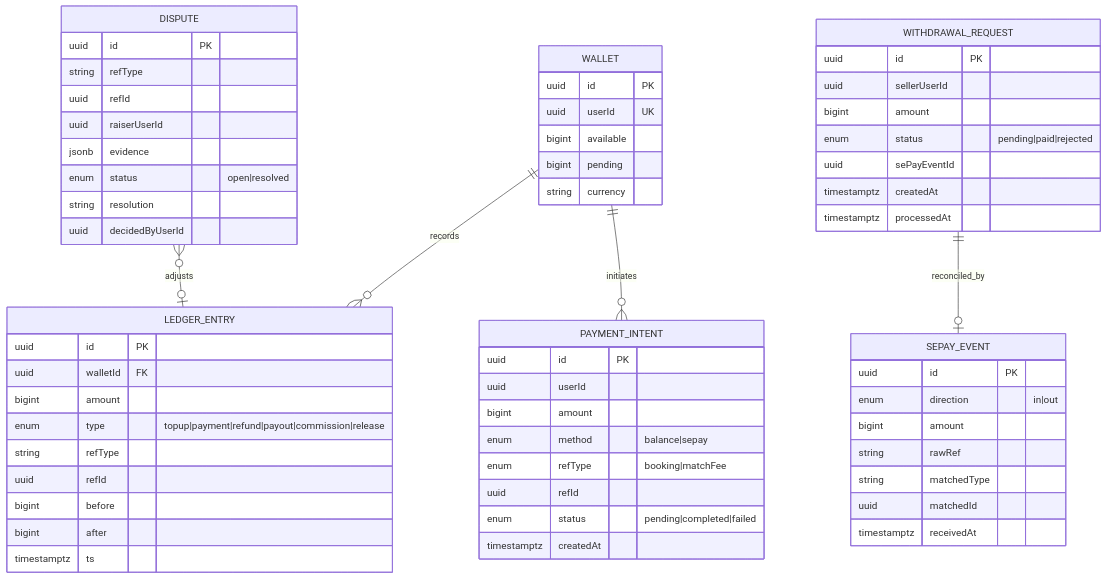
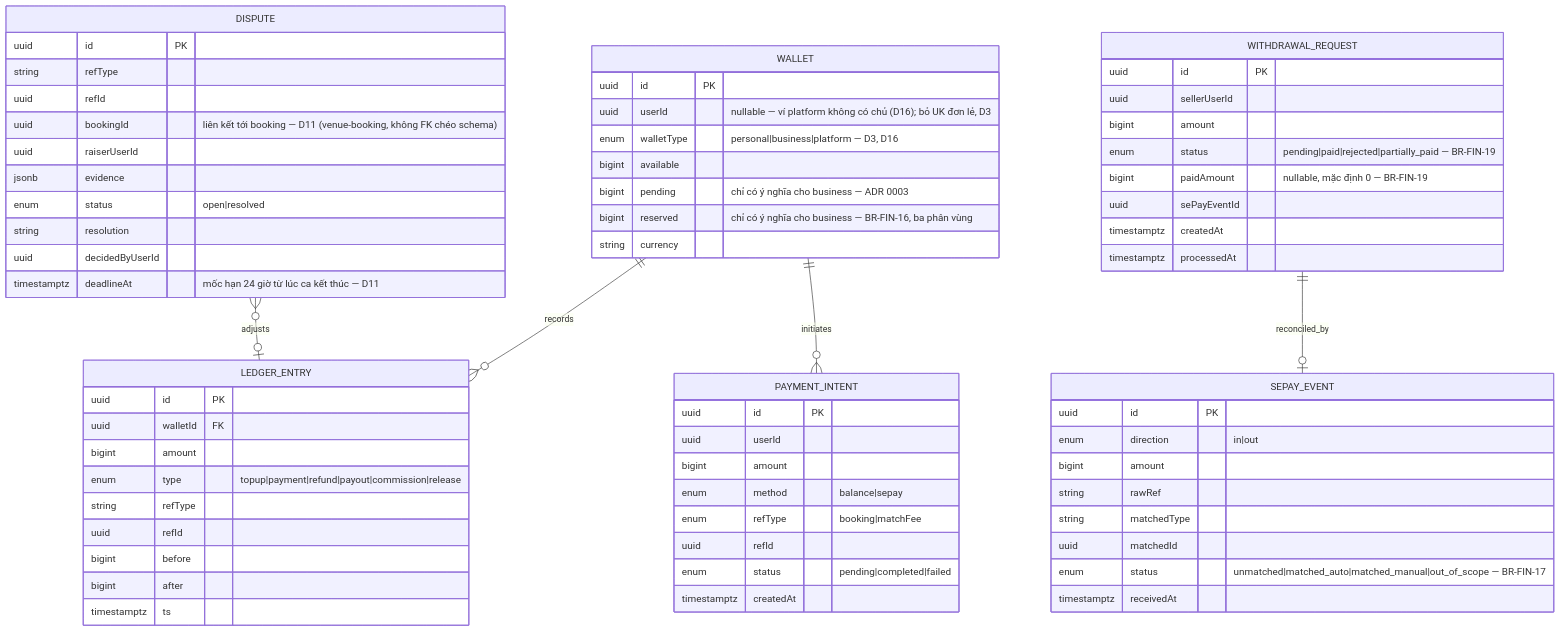
The third of 9 diagrams in docs/architecture/data-model.md (t-anh1007/Badminton-Platform), drawn with Mermaid before and after one commit. The commit also changed other lines of this file and 11 other files, not shown here.

First line of the commit message:
feat(g0): áp 12 thay đổi data-model vào 3 schema GĐ1 (account/venue-booking/finance)

````diff
--- a/docs/architecture/data-model.md
+++ b/docs/architecture/data-model.md
@@ -146,64 +149,70 @@
 ```mermaid
 erDiagram
     WALLET ||--o{ LEDGER_ENTRY : records
     WALLET ||--o{ PAYMENT_INTENT : initiates
     WITHDRAWAL_REQUEST ||--o| SEPAY_EVENT : reconciled_by
     DISPUTE }o--o| LEDGER_ENTRY : adjusts
 
     WALLET {
         uuid id PK
-        uuid userId UK
+        uuid userId "nullable — ví platform không có chủ (D16); bỏ UK đơn lẻ, D3"
+        enum walletType "personal|business|platform — D3, D16"
         bigint available
-        bigint pending
+        bigint pending "chỉ có ý nghĩa cho business — ADR 0003"
+        bigint reserved "chỉ có ý nghĩa cho business — BR-FIN-16, ba phân vùng"
         string currency
     }
     LEDGER_ENTRY {
         uuid id PK
         uuid walletId FK
         bigint amount
         enum type "topup|payment|refund|payout|commission|release"
         string refType
         uuid refId
         bigint before
         bigint after
         timestamptz ts
     }
     PAYMENT_INTENT {
         uuid id PK
         uuid userId
         bigint amount
         enum method "balance|sepay"
         enum refType "booking|matchFee"
         uuid refId
         enum status "pending|completed|failed"
         timestamptz createdAt
     }
     SEPAY_EVENT {
         uuid id PK
         enum direction "in|out"
         bigint amount
         string rawRef
         string matchedType
         uuid matchedId
+        enum status "unmatched|matched_auto|matched_manual|out_of_scope — BR-FIN-17"
         timestamptz receivedAt
     }
     WITHDRAWAL_REQUEST {
         uuid id PK
         uuid sellerUserId
         bigint amount
-        enum status "pending|paid|rejected"
+        enum status "pending|paid|rejected|partially_paid — BR-FIN-19"
+        bigint paidAmount "nullable, mặc định 0 — BR-FIN-19"
         uuid sePayEventId
         timestamptz createdAt
         timestamptz processedAt
     }
     DISPUTE {
         uuid id PK
         string refType
         uuid refId
+        uuid bookingId "liên kết tới booking — D11 (venue-booking, không FK chéo schema)"
         uuid raiserUserId
         jsonb evidence
         enum status "open|resolved"
         string resolution
         uuid decidedByUserId
+        timestamptz deadlineAt "mốc hạn 24 giờ từ lúc ca kết thúc — D11"
     }
 ```
````
